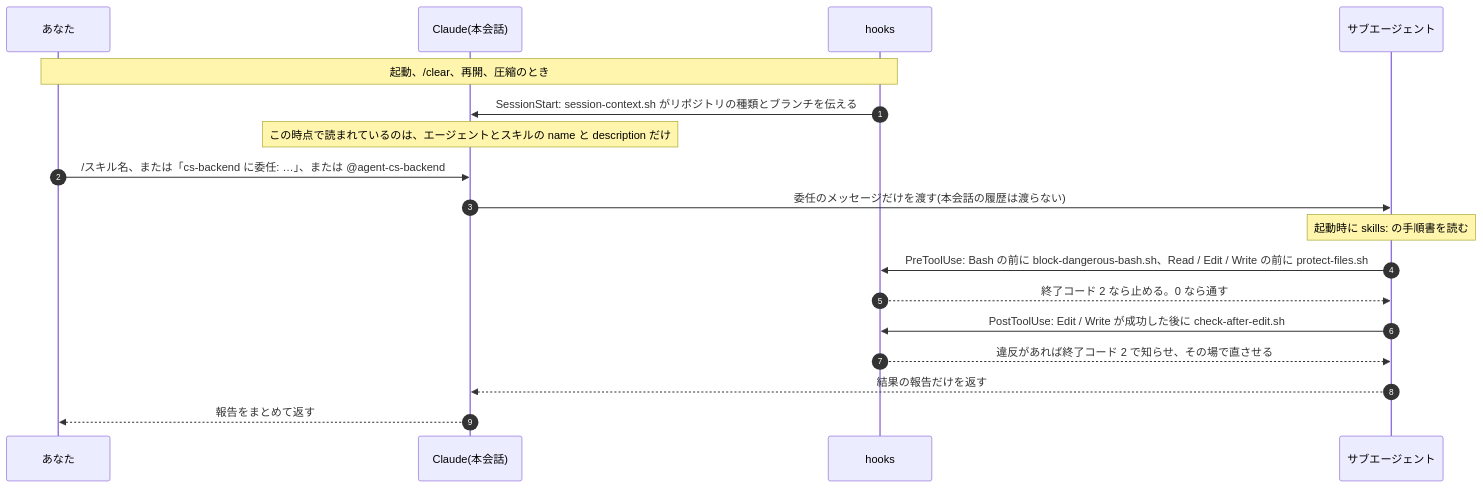
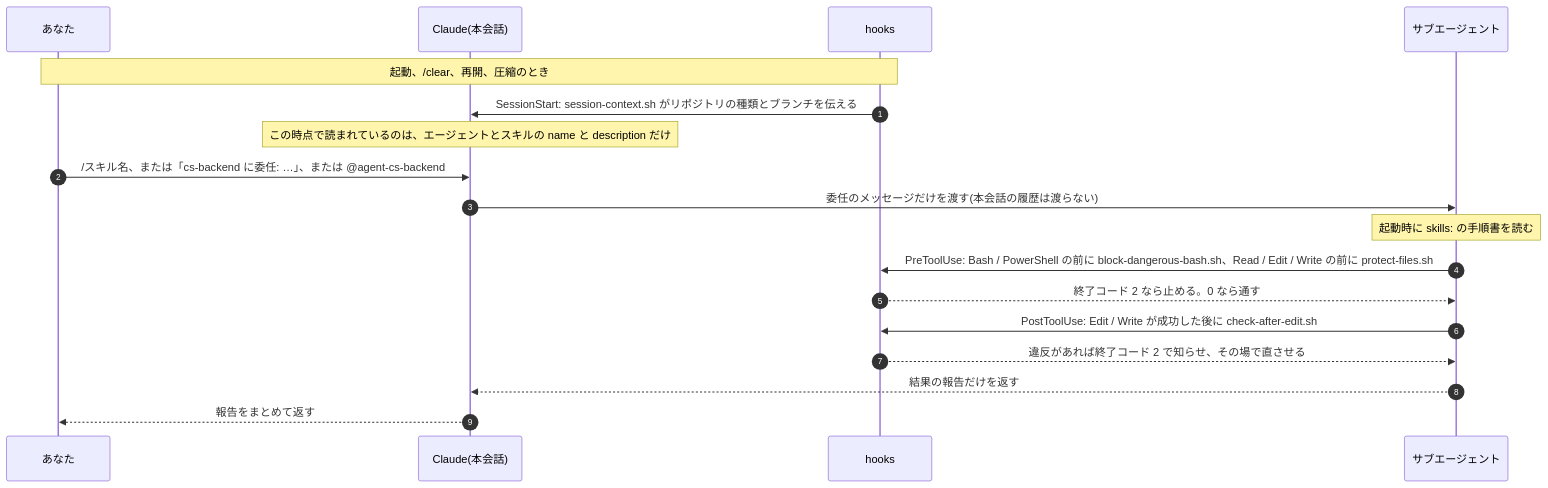
One commit to kazumasamatsumoto/composable-storefront-claude-code-kit changed the diagram in docs/how-it-is-invoked.md. Above: the diagram before and after it, drawn with Mermaid. The commit also changed other lines of this file and 18 other files, not shown here.

First line of the commit message:
hooks の PowerShell 版を追加し、PowerShell ツールと Windows パスに対応

````diff
--- a/docs/how-it-is-invoked.md
+++ b/docs/how-it-is-invoked.md
@@ -8,20 +8,20 @@
 ```mermaid
 sequenceDiagram
   autonumber
   participant U as あなた
   participant M as Claude(本会話)
   participant H as hooks
   participant A as サブエージェント
   Note over U,H: 起動、/clear、再開、圧縮のとき
   H->>M: SessionStart: session-context.sh がリポジトリの種類とブランチを伝える
   Note over M: この時点で読まれているのは、エージェントとスキルの name と description だけ
   U->>M: /スキル名、または「cs-backend に委任: …」、または @agent-cs-backend
   M->>A: 委任のメッセージだけを渡す(本会話の履歴は渡らない)
   Note over A: 起動時に skills: の手順書を読む
-  A->>H: PreToolUse: Bash の前に block-dangerous-bash.sh、Read / Edit / Write の前に protect-files.sh
+  A->>H: PreToolUse: Bash / PowerShell の前に block-dangerous-bash.sh、Read / Edit / Write の前に protect-files.sh
   H-->>A: 終了コード 2 なら止める。0 なら通す
   A->>H: PostToolUse: Edit / Write が成功した後に check-after-edit.sh
   H-->>A: 違反があれば終了コード 2 で知らせ、その場で直させる
   A-->>M: 結果の報告だけを返す
   M-->>U: 報告をまとめて返す
 ```
````
